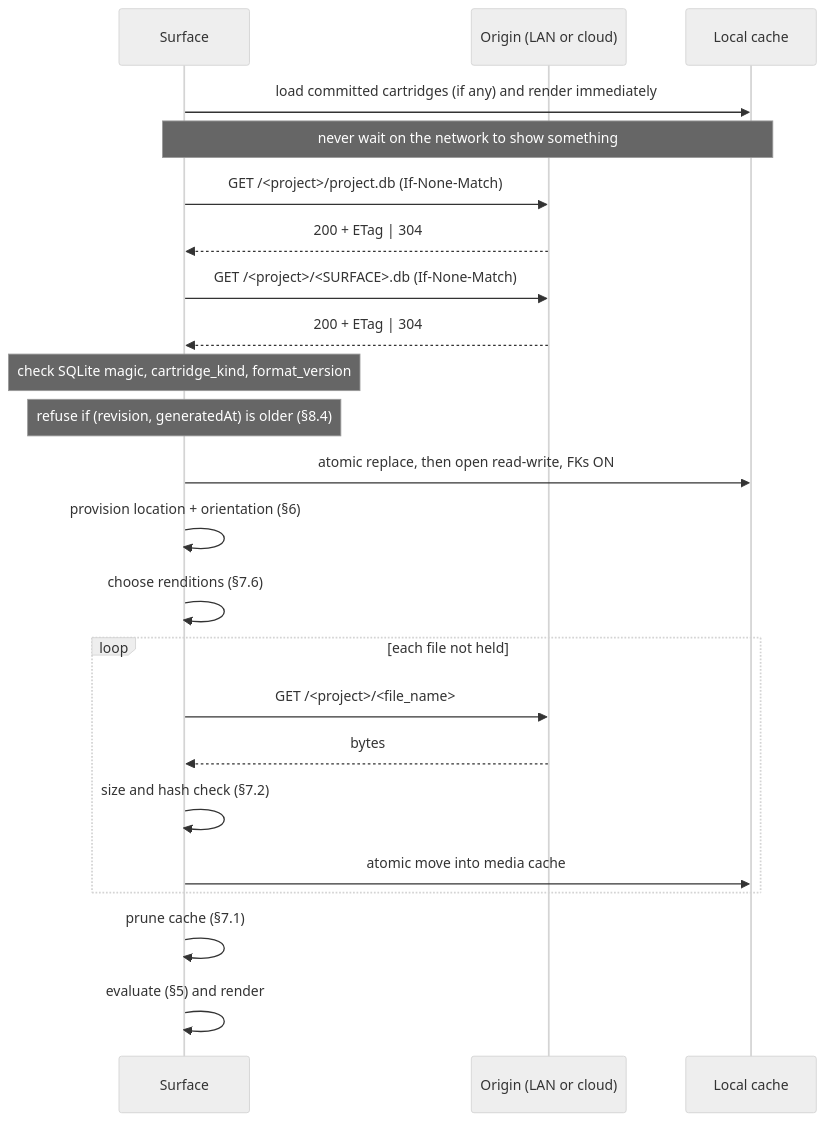
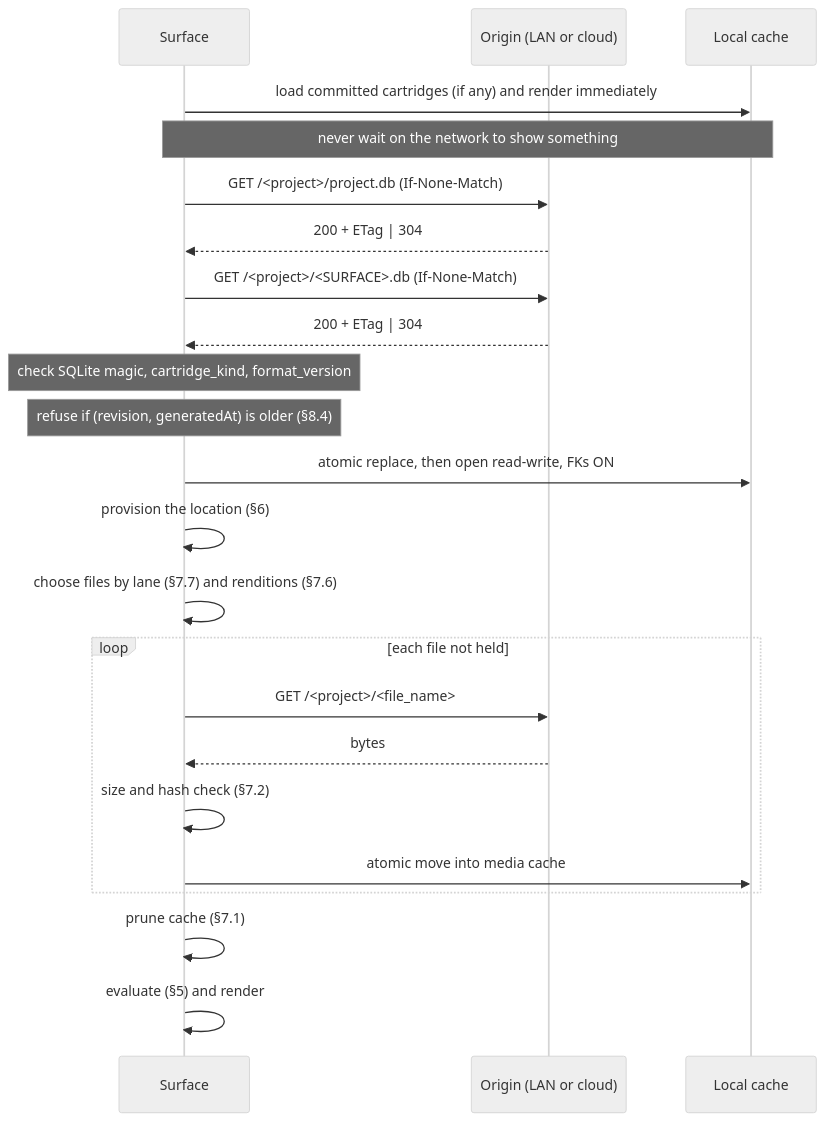
One commit to Mountain-View-Staging/marquee-cartridge-spec changed the third of 3 diagrams in README.md. Above: the diagram before and after it, drawn with Mermaid (neutral theme). The commit also changed other lines of this file and 39 other files, not shown here.

First line of the commit message:
spec, engine, conformance: a device's orientation is its own; a Surface may fetch by lane

````diff
--- a/README.md
+++ b/README.md
@@ -956,29 +986,29 @@
 ```mermaid
 sequenceDiagram
     participant S as Surface
     participant O as Origin (LAN or cloud)
     participant C as Local cache
 
     S->>C: load committed cartridges (if any) and render immediately
     Note over S,C: never wait on the network to show something
 
     S->>O: GET /<project>/project.db   (If-None-Match)
     O-->>S: 200 + ETag | 304
     S->>O: GET /<project>/<SURFACE>.db (If-None-Match)
     O-->>S: 200 + ETag | 304
 
     Note over S: check SQLite magic, cartridge_kind, format_version
     Note over S: refuse if (revision, generatedAt) is older (§8.4)
     S->>C: atomic replace, then open read-write, FKs ON
 
-    S->>S: provision location + orientation (§6)
-    S->>S: choose renditions (§7.6)
+    S->>S: provision the location (§6)
+    S->>S: choose files by lane (§7.7) and renditions (§7.6)
     loop each file not held
         S->>O: GET /<project>/<file_name>
         O-->>S: bytes
         S->>S: size and hash check (§7.2)
         S->>C: atomic move into media cache
     end
     S->>S: prune cache (§7.1)
     S->>S: evaluate (§5) and render
 ```
````
